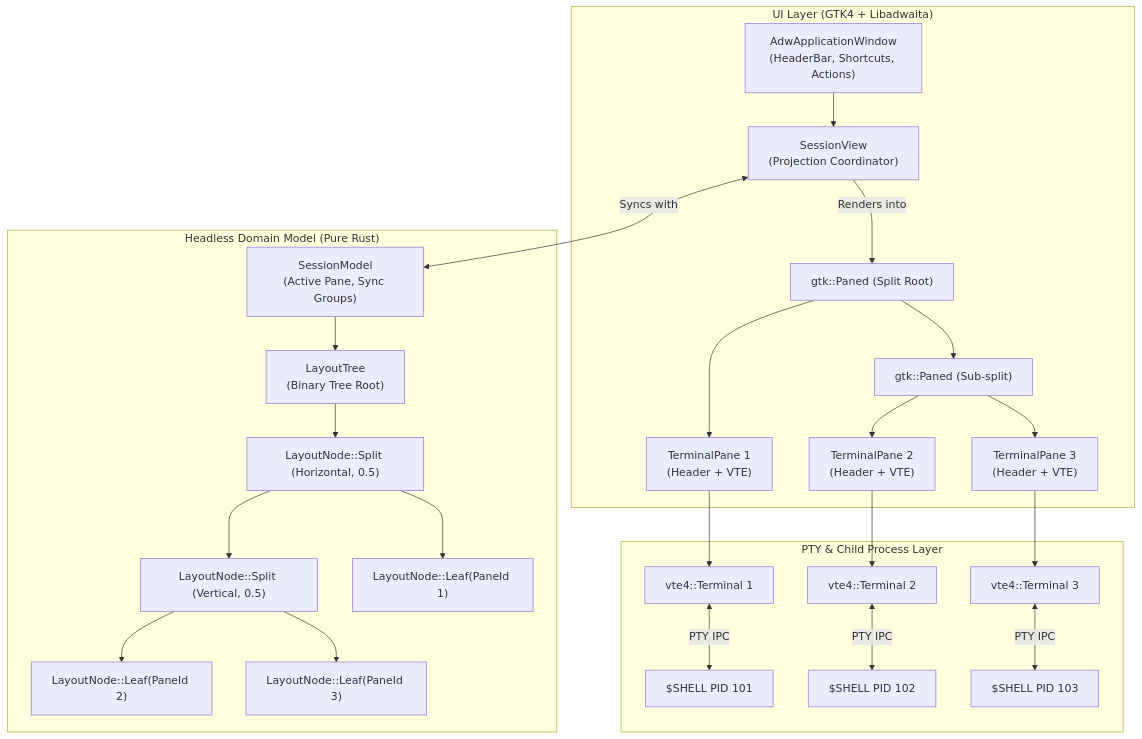
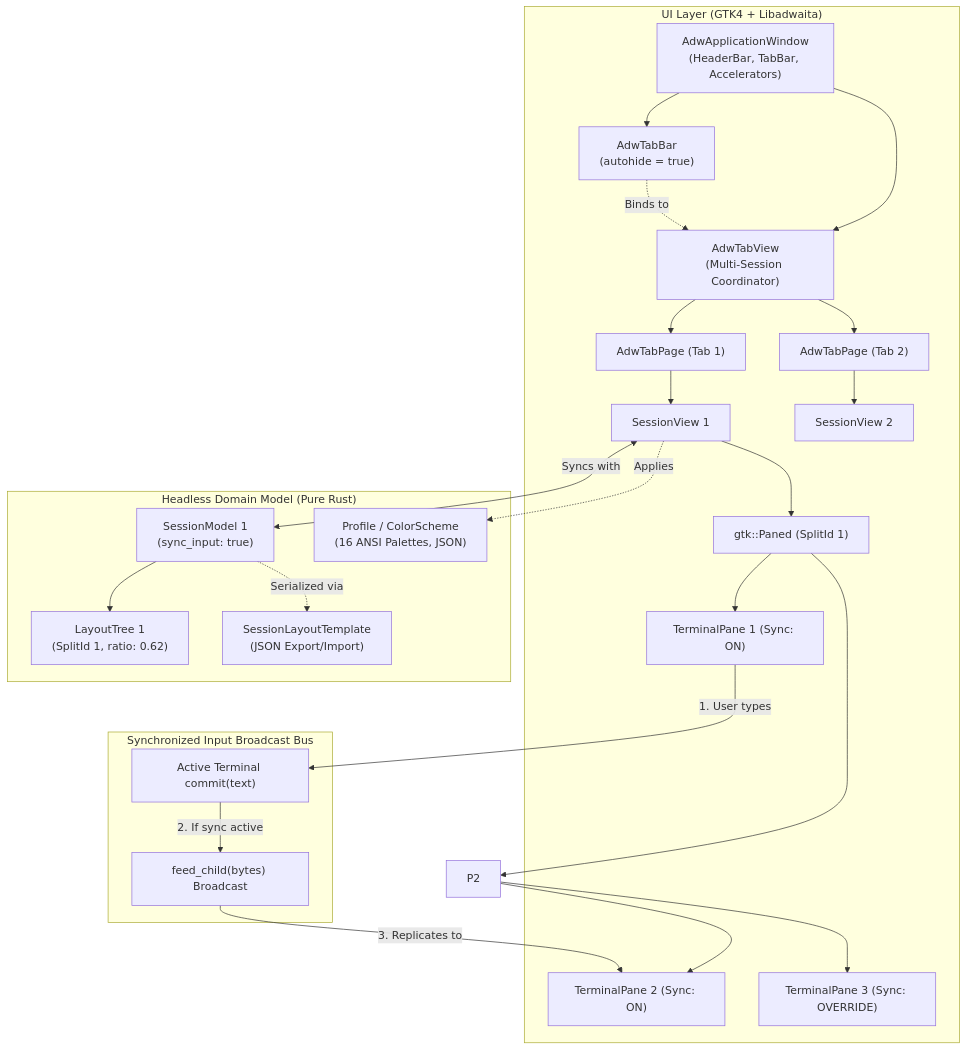
The diagram in docs/architecture/overview.md (tilix-rust/tilix), drawn with Mermaid before and after one commit. The commit also changed other lines of this file and 15 other files, not shown here.

Commit message:
feat: Phase 2 - multi-session tabs, input synchronization, divider ratio persistence, themes, and layout templates

````diff
--- a/docs/architecture/overview.md
+++ b/docs/architecture/overview.md
@@ -28,53 +28,50 @@
 ```mermaid
 flowchart TD
     subgraph UI_Layer ["UI Layer (GTK4 + Libadwaita)"]
-        Win["AdwApplicationWindow<br/>(HeaderBar, Shortcuts, Actions)"]
-        SV["SessionView<br/>(Projection Coordinator)"]
-        P1["gtk::Paned (Split Root)"]
-        P2["gtk::Paned (Sub-split)"]
-        TP1["TerminalPane 1<br/>(Header + VTE)"]
-        TP2["TerminalPane 2<br/>(Header + VTE)"]
-        TP3["TerminalPane 3<br/>(Header + VTE)"]
+        Win["AdwApplicationWindow<br/>(HeaderBar, TabBar, Accelerators)"]
+        TabBar["AdwTabBar<br/>(autohide = true)"]
+        TabView["AdwTabView<br/>(Multi-Session Coordinator)"]
+        Page1["AdwTabPage (Tab 1)"]
+        Page2["AdwTabPage (Tab 2)"]
+        SV1["SessionView 1"]
+        SV2["SessionView 2"]
+        P1["gtk::Paned (SplitId 1)"]
+        TP1["TerminalPane 1 (Sync: ON)"]
+        TP2["TerminalPane 2 (Sync: ON)"]
+        TP3["TerminalPane 3 (Sync: OVERRIDE)"]
     end
 
     subgraph Domain_Model ["Headless Domain Model (Pure Rust)"]
-        SM["SessionModel<br/>(Active Pane, Sync Groups)"]
-        LT["LayoutTree<br/>(Binary Tree Root)"]
-        N1["LayoutNode::Split (Horizontal, 0.5)"]
-        N2["LayoutNode::Split (Vertical, 0.5)"]
-        L1["LayoutNode::Leaf(PaneId 1)"]
-        L2["LayoutNode::Leaf(PaneId 2)"]
-        L3["LayoutNode::Leaf(PaneId 3)"]
+        SM1["SessionModel 1<br/>(sync_input: true)"]
+        LT1["LayoutTree 1<br/>(SplitId 1, ratio: 0.62)"]
+        Prof["Profile / ColorScheme<br/>(16 ANSI Palettes, JSON)"]
+        Tmpl["SessionLayoutTemplate<br/>(JSON Export/Import)"]
     end
 
-    subgraph PTY_Layer ["PTY & Child Process Layer"]
-        VTE1["vte4::Terminal 1"]
-        VTE2["vte4::Terminal 2"]
-        VTE3["vte4::Terminal 3"]
-        P_SH1["$SHELL PID 101"]
-        P_SH2["$SHELL PID 102"]
-        P_SH3["$SHELL PID 103"]
+    subgraph Sync_Bus ["Synchronized Input Broadcast Bus"]
+        CommitHook["Active Terminal commit(text)"]
+        FeedEngine["feed_child(bytes) Broadcast"]
     end
 
-    Win --> SV
-    SV -->|Renders into| P1
+    Win --> TabBar
+    Win --> TabView
+    TabBar -.->|Binds to| TabView
+    TabView --> Page1
+    TabView --> Page2
+    Page1 --> SV1
+    Page2 --> SV2
+    SV1 --> P1
     P1 --> TP1
     P1 --> P2
     P2 --> TP2
     P2 --> TP3
 
-    SV <-->|Syncs with| SM
-    SM --> LT
-    LT --> N1
-    N1 --> L1
-    N1 --> N2
-    N2 --> L2
-    N2 --> L3
+    SV1 <-->|Syncs with| SM1
+    SM1 --> LT1
+    SV1 -.->|Applies| Prof
+    SM1 -.->|Serialized via| Tmpl
 
-    TP1 --> VTE1
-    TP2 --> VTE2
-    TP3 --> VTE3
-    VTE1 <-->|PTY IPC| P_SH1
-    VTE2 <-->|PTY IPC| P_SH2
-    VTE3 <-->|PTY IPC| P_SH3
+    TP1 -->|1. User types| CommitHook
+    CommitHook -->|2. If sync active| FeedEngine
+    FeedEngine -->|3. Replicates to| TP2
 ```
````
